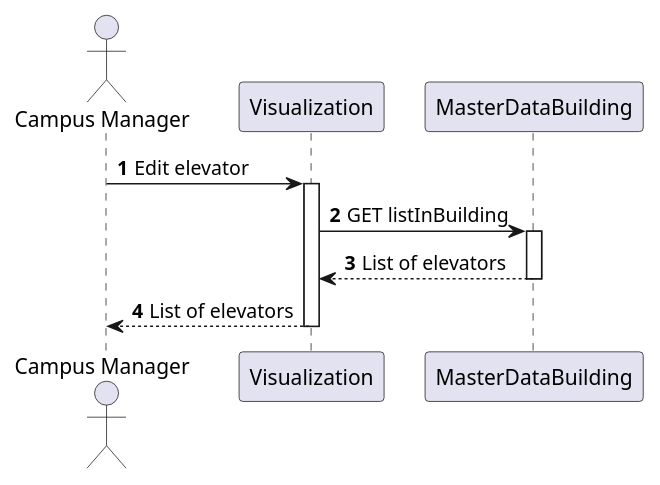
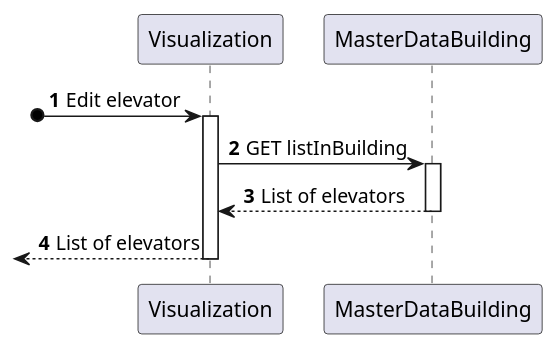
Before and after one commit to Pedro-Pereira1/sem5pi_23_24_g056: the diagram in docs/US_290/Diagrams/Level2/ProcessView.puml, drawn with PlantUML. The commit also changed 14 other files, not shown here.

Commit message:
Fixed error in all process view level 2 diagrams

```diff
--- a/docs/US_290/Diagrams/Level2/ProcessView.puml
+++ b/docs/US_290/Diagrams/Level2/ProcessView.puml
@@ -1,20 +1,20 @@
 @startuml
 
 autonumber
-actor "Campus Manager" as CM
+
 participant Visualization
 participant "MasterDataBuilding" as GI
 
-CM -> Visualization: Edit elevator
+?o-> Visualization: Edit elevator
 activate Visualization
 
 Visualization -> GI: GET listInBuilding
 activate GI
 GI --> Visualization: List of elevators
 deactivate GI
 
-CM <-- Visualization: List of elevators
+<-- Visualization: List of elevators
 deactivate Visualization
 
 
 @enduml
```
